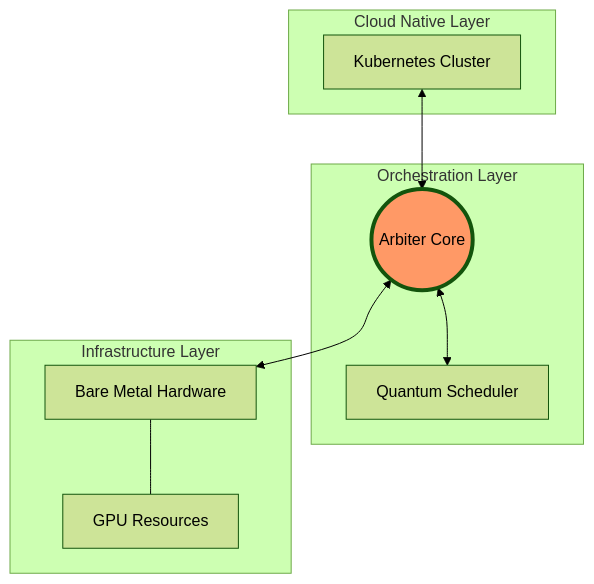
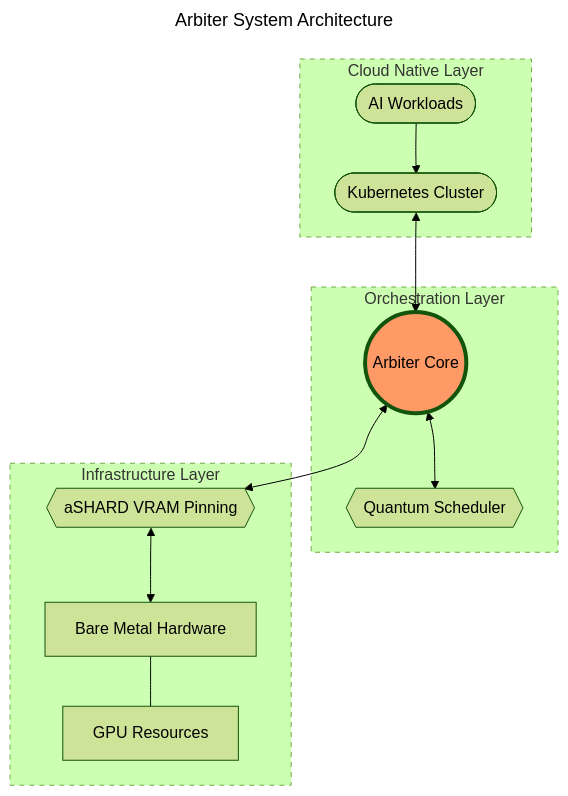
One commit to Genesis-Conductor-Engine/arbiter changed the diagram in README.md. Above: the diagram before and after it, drawn with Mermaid (forest theme). The commit also changed 1 other file, not shown here.

Commit message:
🎨 Palette: Improve Architecture Diagram semantics and visual hierarchy
Enhance the README.md architecture diagram by adding semantic node shapes, a descriptive title, and visual layer delineation.

💡 What:
- Added `--- title: Arbiter System Architecture ---` to the Mermaid diagram.
- Updated node shapes: `AI Workloads` and `Kubernetes Cluster` to stadiums `([ ... ])`; `Quantum Scheduler` and `aSHARD VRAM Pinning` to hexagons `{{ ... }}`.
- Included the missing `aSHARD VRAM Pinning` component and `AI Workloads` entry point.
- Added dashed borders (`stroke-dasharray: 5 5`) to subgraphs for better layer separation.

🎯 Why:
- Improves scannability and cognitive parsing of the system architecture.
- Follows accessibility best practices by providing an explicit diagram title.
- Aligns the visual representation with the technical descriptions in `llms.txt`.

♿ Accessibility:
- Explicit diagram title for context.
- Semantic shapes provide non-color-dependent differentiation of component types.

````diff
--- a/README.md
+++ b/README.md
@@ -17,23 +17,33 @@
 ```mermaid
+---
+title: Arbiter System Architecture
+---
 graph TD
     subgraph CloudNative [Cloud Native Layer]
-        K8s[Kubernetes Cluster]
+        Workloads([AI Workloads])
+        K8s([Kubernetes Cluster])
     end
 
     subgraph Orchestration [Orchestration Layer]
         Arbiter((Arbiter Core))
-        QS[Quantum Scheduler]
+        QS{{Quantum Scheduler}}
     end
 
     subgraph Infrastructure [Infrastructure Layer]
+        AS{{aSHARD VRAM Pinning}}
         BM[Bare Metal Hardware]
         GPU[GPU Resources]
     end
 
+    Workloads --> K8s
     K8s <--> Arbiter
     Arbiter <--> QS
-    Arbiter <--> BM
+    Arbiter <--> AS
+    AS <--> BM
     BM --- GPU
 
     style Arbiter fill:#f96,stroke-width:4px
+    style CloudNative stroke-dasharray: 5 5
+    style Orchestration stroke-dasharray: 5 5
+    style Infrastructure stroke-dasharray: 5 5
 ```
````
